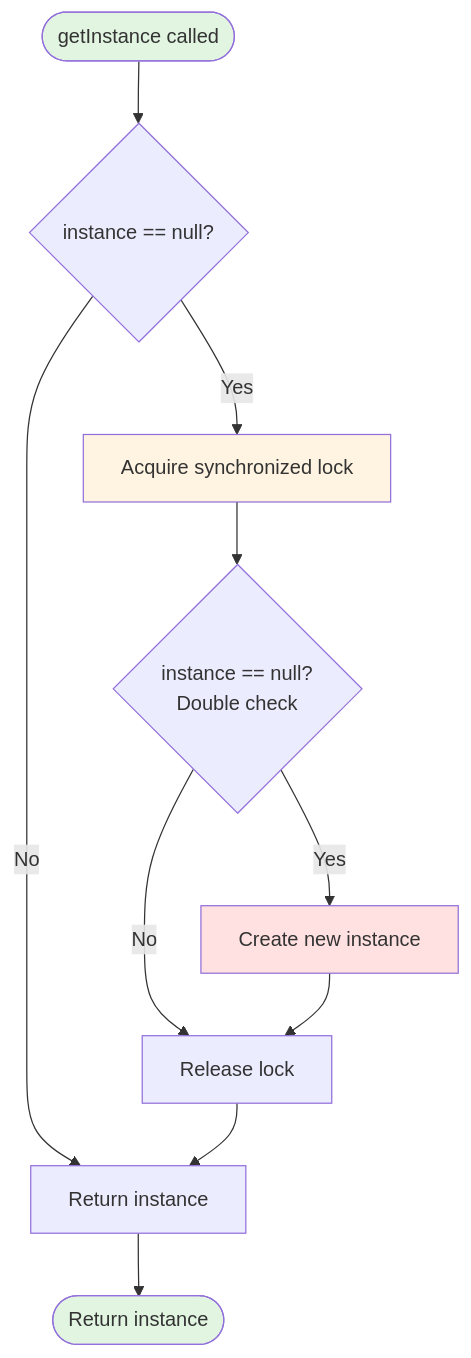
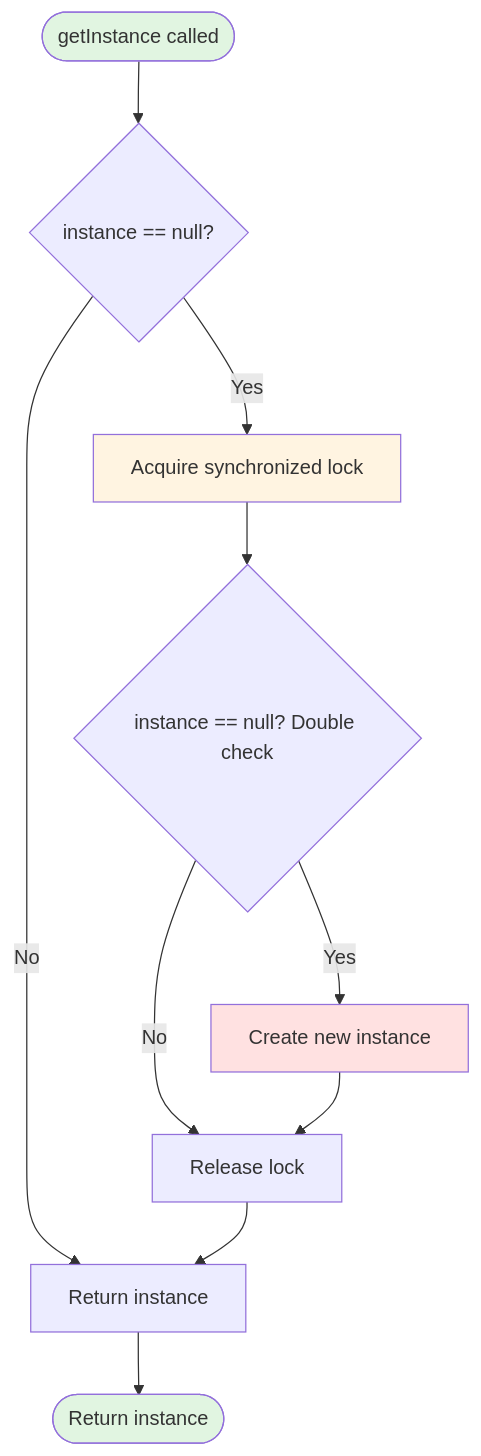
One commit to Brebu/Quizz changed the fourth of 55 diagrams in chapters/cap13-design-patterns-diag.md. Above: the diagram before and after it, drawn with Mermaid. The commit also changed other lines of this file and 1 other file, not shown here.

````diff
--- a/chapters/cap13-design-patterns-diag.md
+++ b/chapters/cap13-design-patterns-diag.md
@@ -116,17 +116,17 @@
 ```mermaid
 flowchart TD
     Start([getInstance called]) --> Check1{instance == null?}
     Check1 -->|No| Return[Return instance]
     Check1 -->|Yes| Lock[Acquire synchronized lock]
-    Lock --> Check2{instance == null?<br/>Double check}
+    Lock --> Check2{instance == null? Double check}
     Check2 -->|No| Unlock[Release lock]
     Check2 -->|Yes| Create[Create new instance]
     Create --> Unlock
     Unlock --> Return
     Return --> End([Return instance])
     
     style Start fill:#e1f5e1
     style Create fill:#ffe1e1
     style Lock fill:#fff4e1
     style End fill:#e1f5e1
 ```
````
